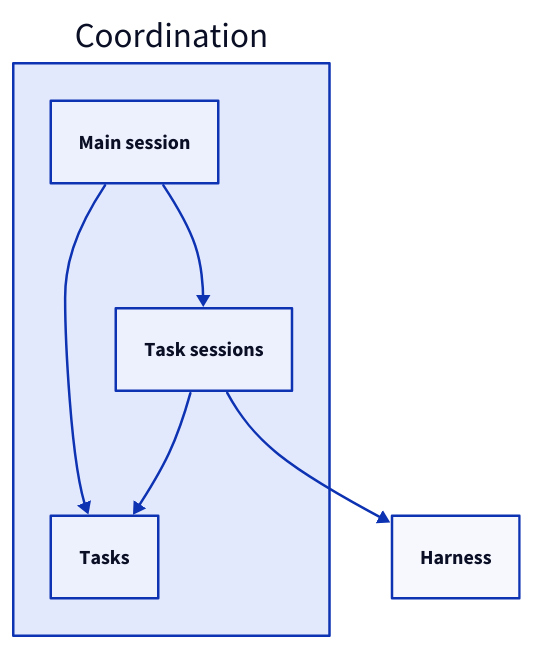
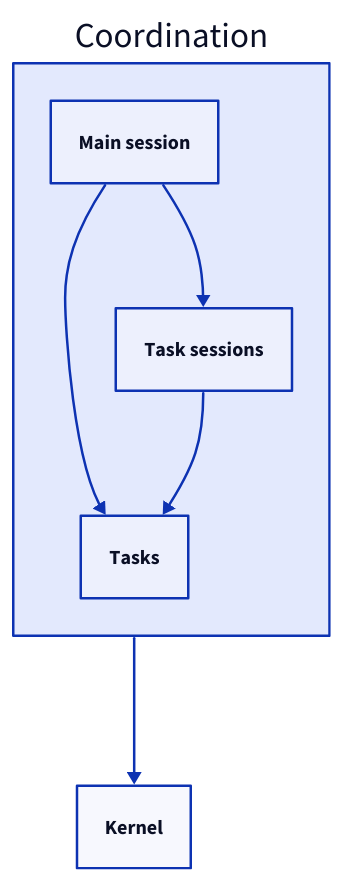
One commit to FTOD/concorde changed the third of 3 diagrams in specs/concorde/coordination/module.md. Above: the diagram before and after it, drawn with D2. The commit also changed other lines of this file and 109 other files, not shown here.

````diff
--- a/specs/concorde/coordination/module.md
+++ b/specs/concorde/coordination/module.md
@@ -174,12 +192,12 @@
 ```d2
 coordination: Coordination {
   main: Main session
   task: Task sessions
   tasks: Tasks
   main -> task
   main -> tasks
   task -> tasks
 }
-harness: Harness
-coordination.task -> harness
+kernel: Kernel
+coordination -> kernel
 ```
````
